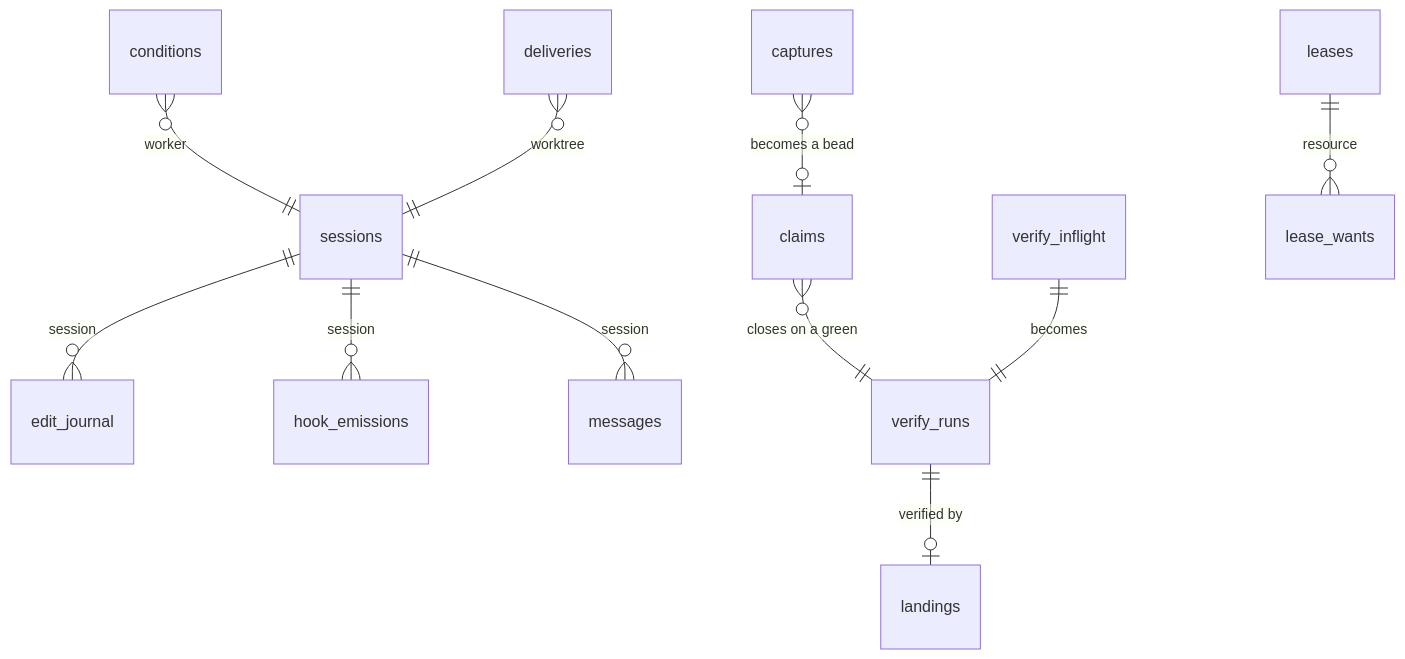
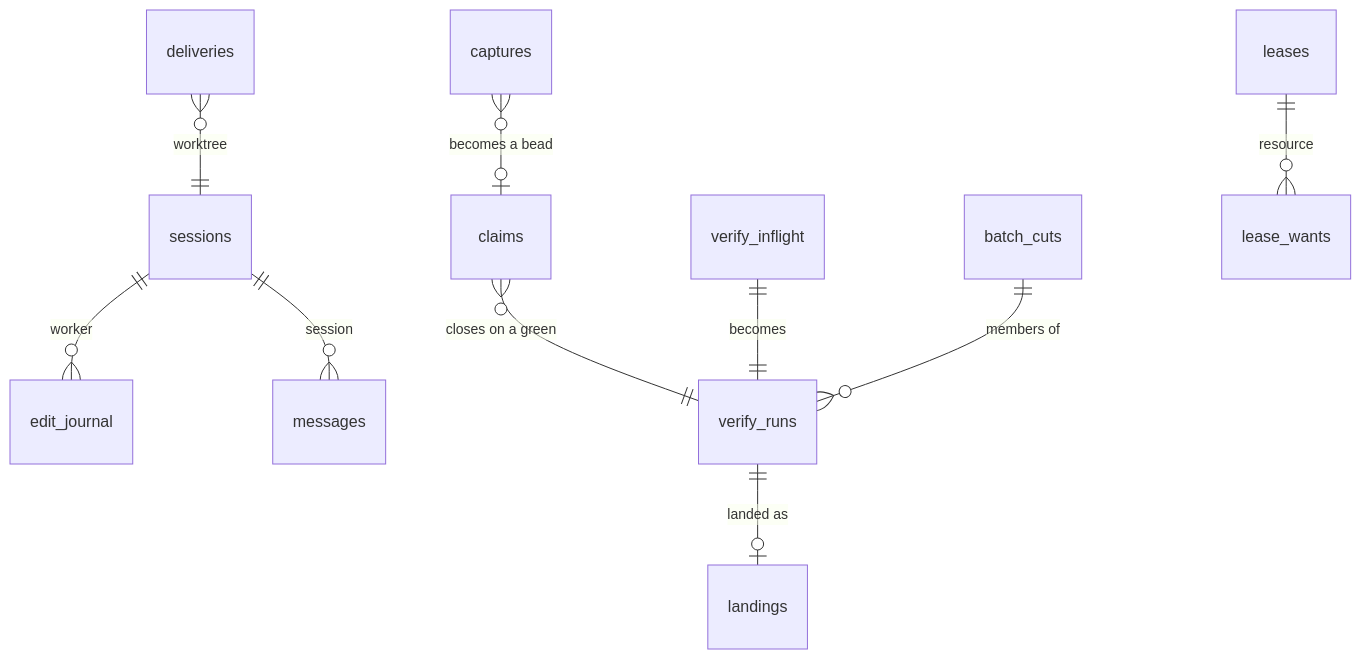
One commit to AJTJ/airunner changed the second of 8 diagrams in docs/design.md. Above: the diagram before and after it, drawn with Mermaid. The commit also changed other lines of this file and 1 other file, not shown here.

````diff
--- a/docs/design.md
+++ b/docs/design.md
@@ -325,13 +208,12 @@
 ```mermaid
 erDiagram
-  sessions ||--o{ edit_journal : "session"
-  sessions ||--o{ hook_emissions : "session"
+  sessions ||--o{ edit_journal : "worker"
   sessions ||--o{ messages : "session"
   claims }o--|| verify_runs : "closes on a green"
-  verify_runs ||--o| landings : "verified by"
+  verify_runs ||--o| landings : "landed as"
   verify_inflight ||--|| verify_runs : "becomes"
+  batch_cuts ||--o{ verify_runs : "members of"
   captures }o--o| claims : "becomes a bead"
   leases ||--o{ lease_wants : "resource"
-  conditions }o--|| sessions : "worker"
   deliveries }o--|| sessions : "worktree"
 ```
````
